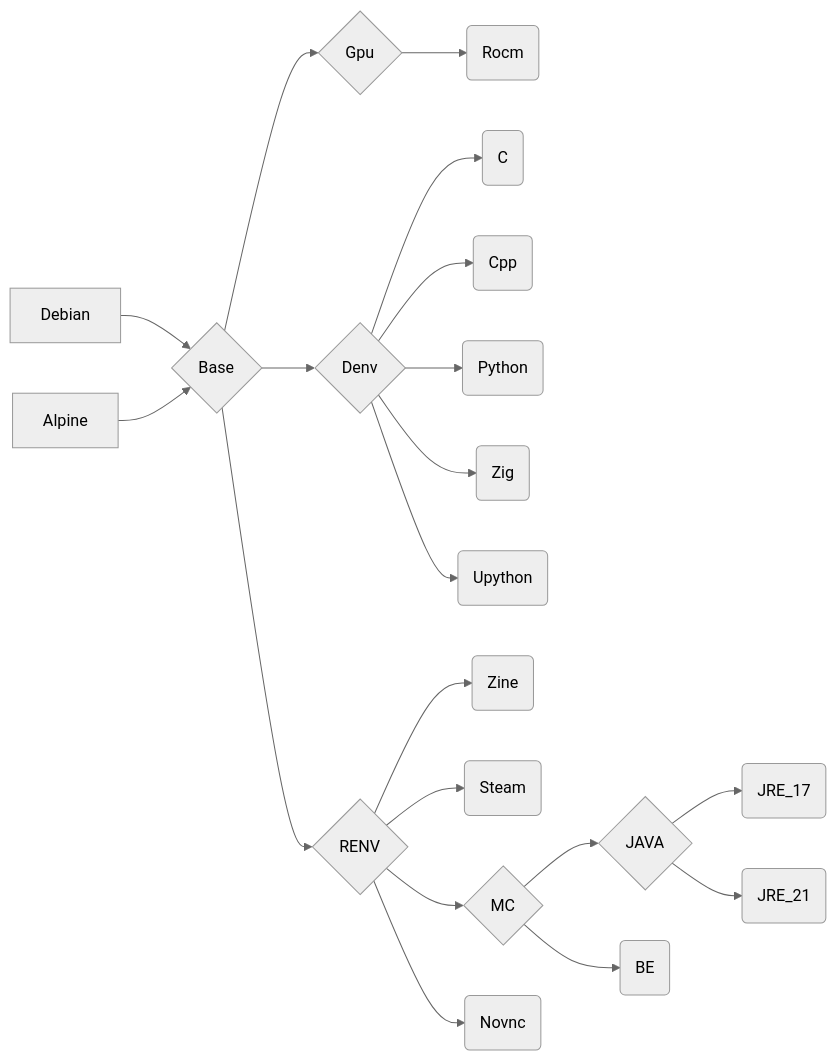
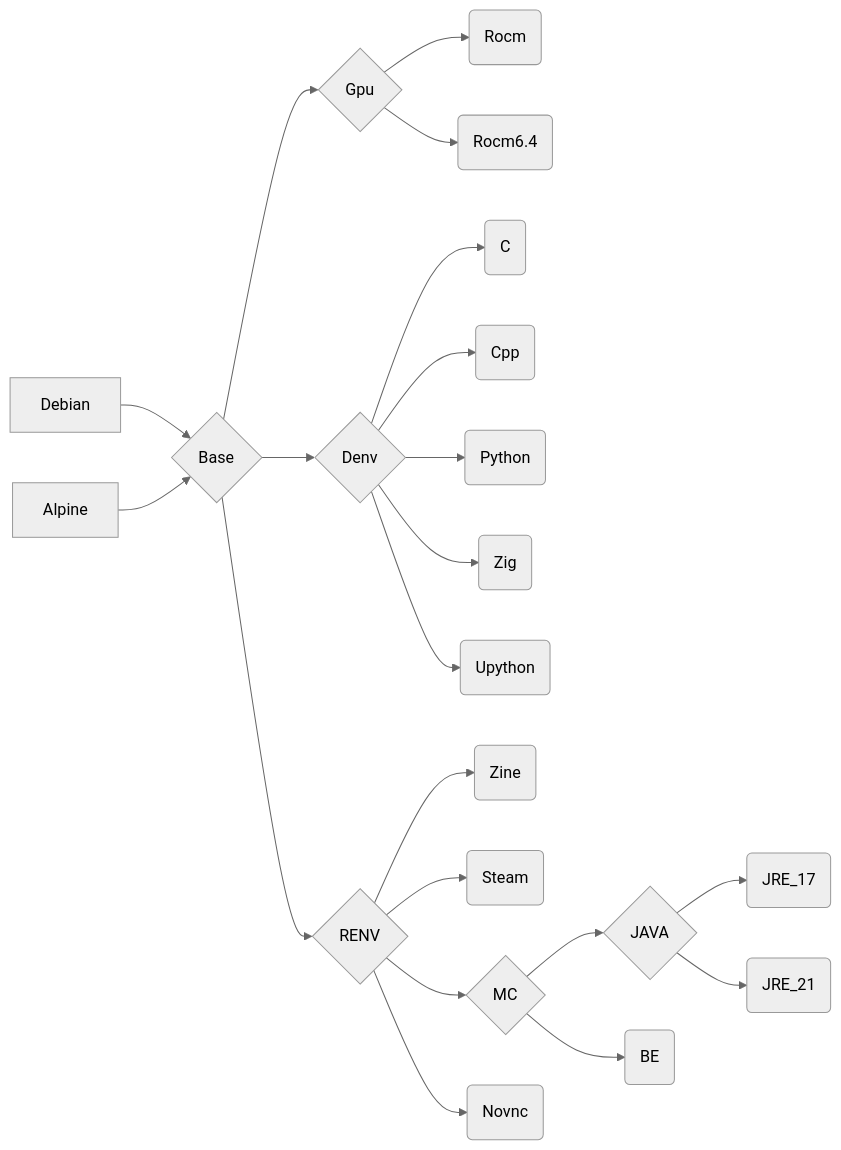
One commit to eoeair/cenv changed the diagram in README.md. Above: the diagram before and after it, drawn with Mermaid (neutral theme). The commit also changed other lines of this file and 4 other files, not shown here.

````diff
--- a/README.md
+++ b/README.md
@@ -51,24 +57,25 @@
 ```mermaid
 graph LR
 Debian-->B{Base}
 Alpine-->B
 
 B-->G{Gpu}-->GA(Rocm)
+G-->GB(Rocm6.4)
 
 B-->D{Denv}
 D-->DA(C)
 D-->DB(Cpp)
 D-->DC(Python)
 D-->DD(Zig)
 D-->DE(Upython)
 
 B-->R{RENV}
 R-->RA(Zine)
 R-->RB(Steam)
 R-->RC{MC}
 RC-->RCA{JAVA}
 RC-->RCB(BE)
 RCA-->RCAA(JRE_17)
 RCA-->RCAB(JRE_21)
 R-->RD(Novnc)
 ```
````
